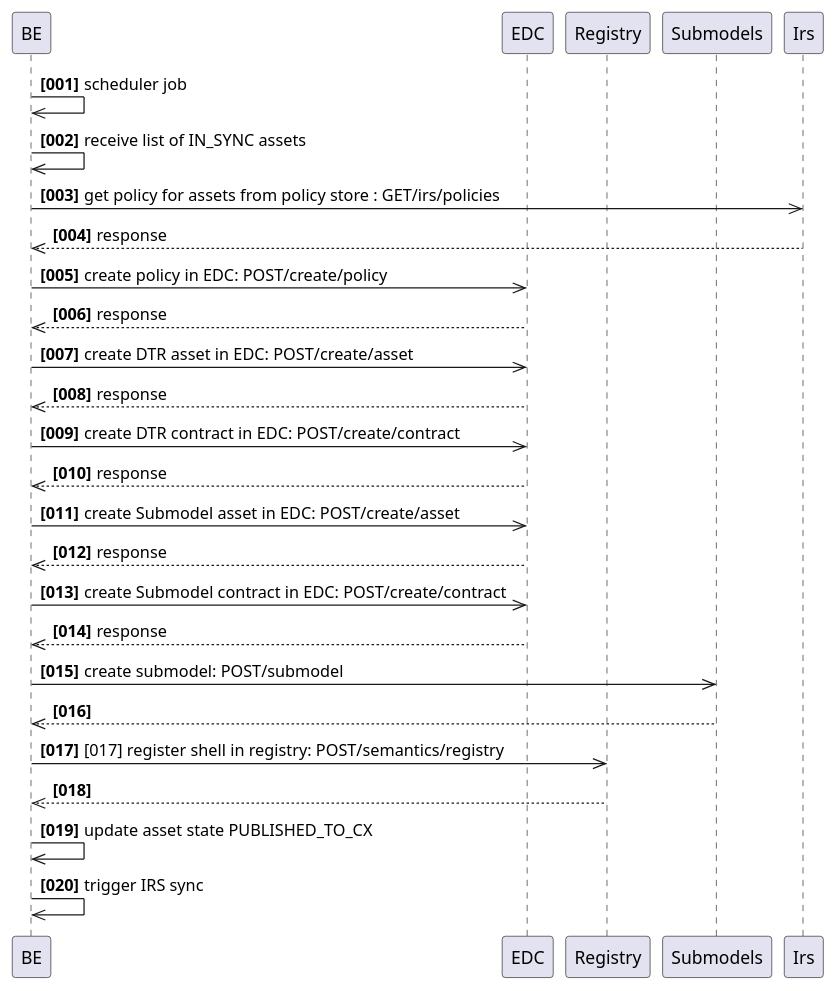
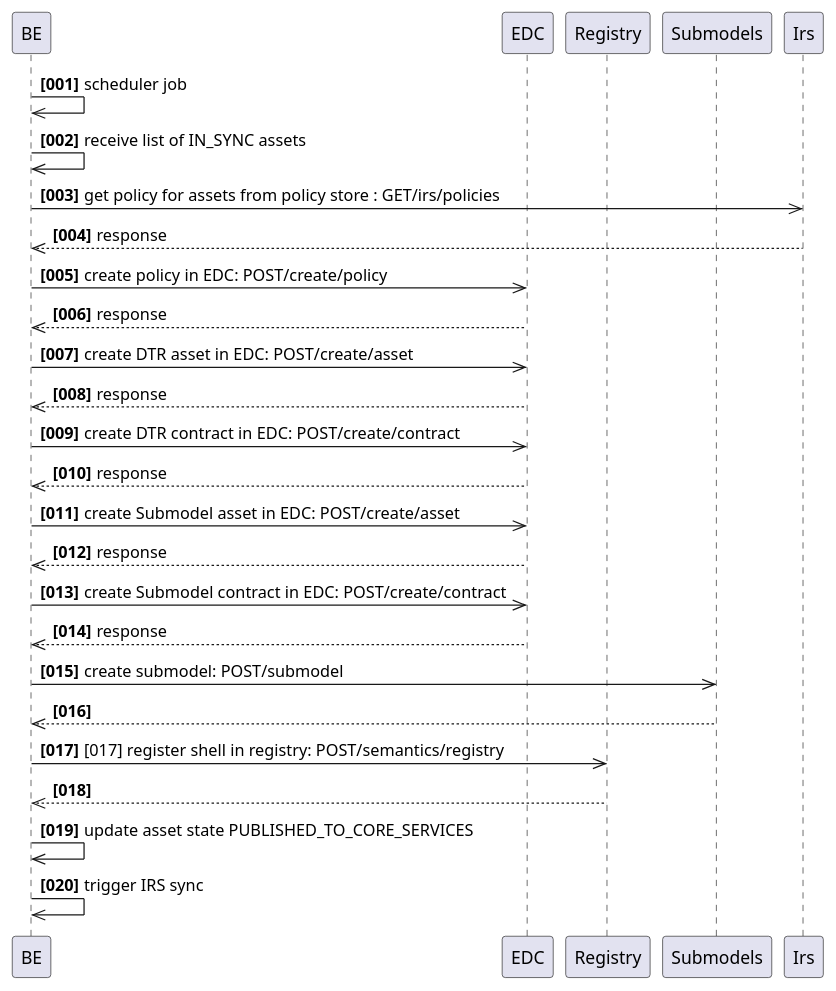
The diagram in docs/src/uml-diagrams/arc42/runtime-view/data-provisioning/trace-x-data-import-interface-modul3-sequence.puml (eclipse-tractusx/traceability-foss), drawn with PlantUML before and after one commit. The commit also changed 27 other files, not shown here.

```diff
--- a/docs/src/uml-diagrams/arc42/runtime-view/data-provisioning/trace-x-data-import-interface-modul3-sequence.puml
+++ b/docs/src/uml-diagrams/arc42/runtime-view/data-provisioning/trace-x-data-import-interface-modul3-sequence.puml
@@ -1,29 +1,29 @@
 @startuml
 participant BE
 participant EDC
 participant Registry
 participant Submodels
 participant Irs
 autonumber "<b>[000]"
 
 BE ->> BE: scheduler job
 BE ->> BE: receive list of IN_SYNC assets
 BE ->> Irs: get policy for assets from policy store : GET/irs/policies
 Irs -->> BE: response
 BE ->> EDC: create policy in EDC: POST/create/policy
 EDC -->> BE: response
 BE ->> EDC: create DTR asset in EDC: POST/create/asset
 EDC -->> BE: response
 BE ->> EDC: create DTR contract in EDC: POST/create/contract
 EDC -->> BE: response
 BE ->> EDC: create Submodel asset in EDC: POST/create/asset
 EDC -->> BE: response
 BE ->> EDC: create Submodel contract in EDC: POST/create/contract
 EDC -->> BE: response
 BE ->> Submodels: create submodel: POST/submodel
 Submodels -->> BE:
 BE ->> Registry: [017] register shell in registry: POST/semantics/registry
 Registry -->> BE:
-BE ->> BE: update asset state PUBLISHED_TO_CX
+BE ->> BE: update asset state PUBLISHED_TO_CORE_SERVICES
 BE ->> BE: trigger IRS sync
 @enduml
```
